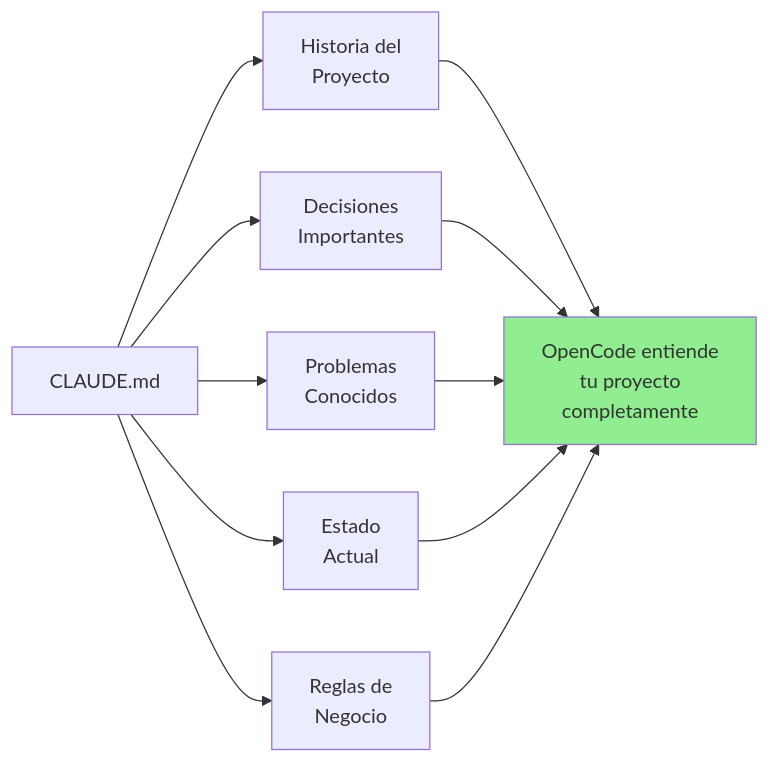
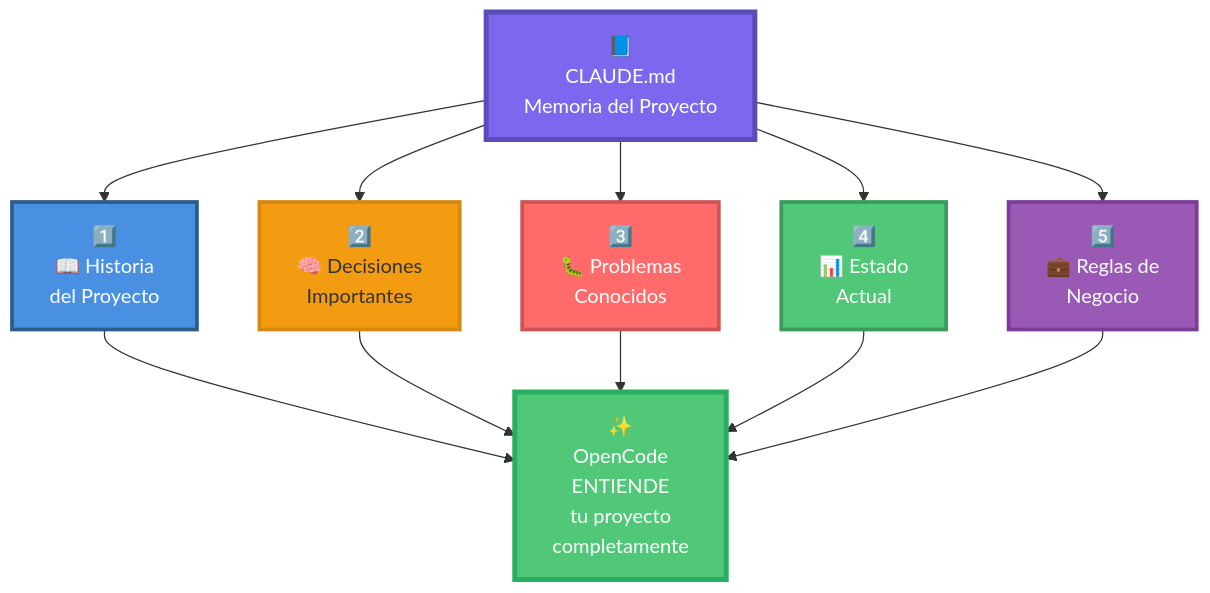
One commit to Ai-Whisperers/Courses-Content changed the fifth of 8 diagrams in courses/🟡-development/FPUNA-2026/00-FUNDAMENTOS-PRINCIPALES/04-ingenieria-contexto.md. Above: the diagram before and after it, drawn with Mermaid. The commit also changed other lines of this file, not shown here.

First line of the commit message:
Complete all 9 diagrams in 04-ingenieria-contexto.md

````diff
--- a/courses/🟡-development/FPUNA-2026/00-FUNDAMENTOS-PRINCIPALES/04-ingenieria-contexto.md
+++ b/courses/🟡-development/FPUNA-2026/00-FUNDAMENTOS-PRINCIPALES/04-ingenieria-contexto.md
@@ -390,16 +432,22 @@
 ```mermaid
-graph LR
-    A[CLAUDE.md] --> B[Historia del<br/>Proyecto]
-    A --> C[Decisiones<br/>Importantes]
-    A --> D[Problemas<br/>Conocidos]
-    A --> E[Estado<br/>Actual]
-    A --> F[Reglas de<br/>Negocio]
+graph TB
+    A["📘<br/>CLAUDE.md<br/>Memoria del Proyecto"] --> B["1️⃣<br/>📖 Historia<br/>del Proyecto"]
+    A --> C["2️⃣<br/>🧠 Decisiones<br/>Importantes"]
+    A --> D["3️⃣<br/>🐛 Problemas<br/>Conocidos"]
+    A --> E["4️⃣<br/>📊 Estado<br/>Actual"]
+    A --> F["5️⃣<br/>💼 Reglas de<br/>Negocio"]
     
-    B --> G[OpenCode entiende<br/>tu proyecto<br/>completamente]
+    B --> G["✨<br/>OpenCode<br/>ENTIENDE<br/>tu proyecto<br/>completamente"]
     C --> G
     D --> G
     E --> G
     F --> G
     
-    style G fill:#90EE90
+    style A fill:#7B68EE,stroke:#5A4DB8,stroke-width:4px,color:#fff
+    style B fill:#4A90E2,stroke:#2E5C8A,stroke-width:3px,color:#fff
+    style C fill:#F39C12,stroke:#D68910,stroke-width:3px,color:#333
+    style D fill:#FF6B6B,stroke:#CC5555,stroke-width:3px,color:#fff
+    style E fill:#50C878,stroke:#3A9B5C,stroke-width:3px,color:#fff
+    style F fill:#9B59B6,stroke:#7D3C98,stroke-width:3px,color:#fff
+    style G fill:#50C878,stroke:#27AE60,stroke-width:4px,color:#fff
 ```
````
